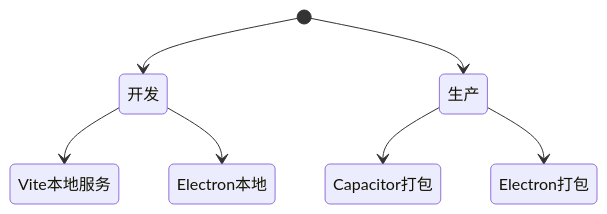
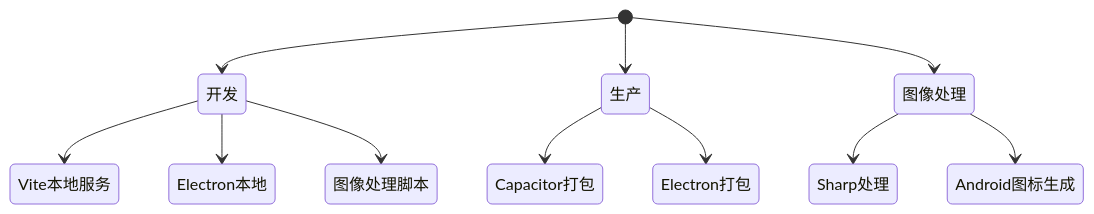
One commit to xiao-lin-unit/yuan changed the seventh of 10 diagrams in .qoder/repowiki/zh/content/构建与部署/Web构建配置.md. Above: the diagram before and after it, drawn with Mermaid. The commit also changed other lines of this file and 11 other files, not shown here.

````diff
--- a/.qoder/repowiki/zh/content/构建与部署/Web构建配置.md
+++ b/.qoder/repowiki/zh/content/构建与部署/Web构建配置.md
@@ -256,9 +279,13 @@
 ```mermaid
 stateDiagram-v2
 [*] --> 开发
 [*] --> 生产
+[*] --> 图像处理
 开发 --> Vite本地服务
 开发 --> Electron本地
+开发 --> 图像处理脚本
 生产 --> Capacitor打包
 生产 --> Electron打包
+图像处理 --> Sharp处理
+图像处理 --> Android图标生成
 ```
````
